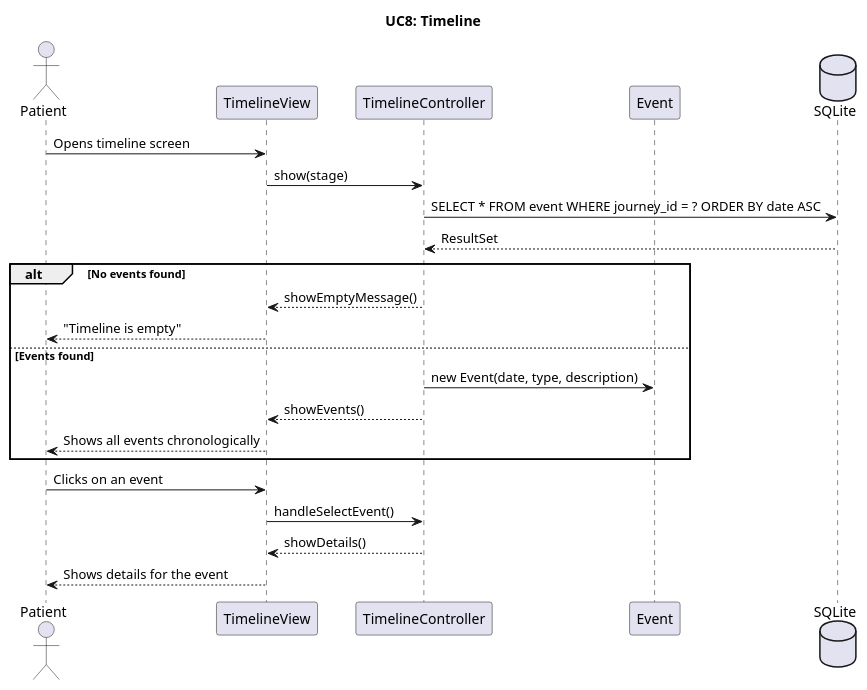
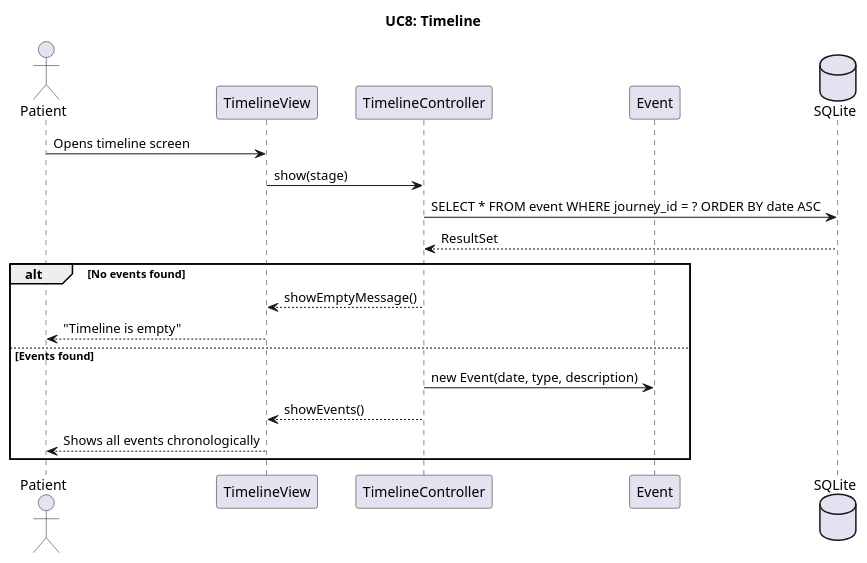
One commit to BesimaP/SP4---MiniSP changed the diagram in doc/dynamic/UC8 - TimelineController.puml. Above: the diagram before and after it, drawn with PlantUML. The commit also changed 1 other file, not shown here.

```diff
--- a/doc/dynamic/UC8 - TimelineController.puml
+++ b/doc/dynamic/UC8 - TimelineController.puml
@@ -1,31 +1,26 @@
 @startuml
 !pragma layout smetana
 
 title UC8: Timeline
 
 actor "Patient" as u
 participant "TimelineView" as v
 participant "TimelineController" as c
 participant "Event" as m
 database "SQLite" as db
 
 u -> v : Opens timeline screen
 v -> c : show(stage)
 c -> db : SELECT * FROM event WHERE journey_id = ? ORDER BY date ASC
 db --> c : ResultSet
 
 alt No events found
   c --> v : showEmptyMessage()
   v --> u : "Timeline is empty"
 else Events found
   c -> m : new Event(date, type, description)
   c --> v : showEvents()
   v --> u : Shows all events chronologically
 end
 
-u -> v : Clicks on an event
-v -> c : handleSelectEvent()
-c --> v : showDetails()
-v --> u : Shows details for the event
-
 @enduml
```
